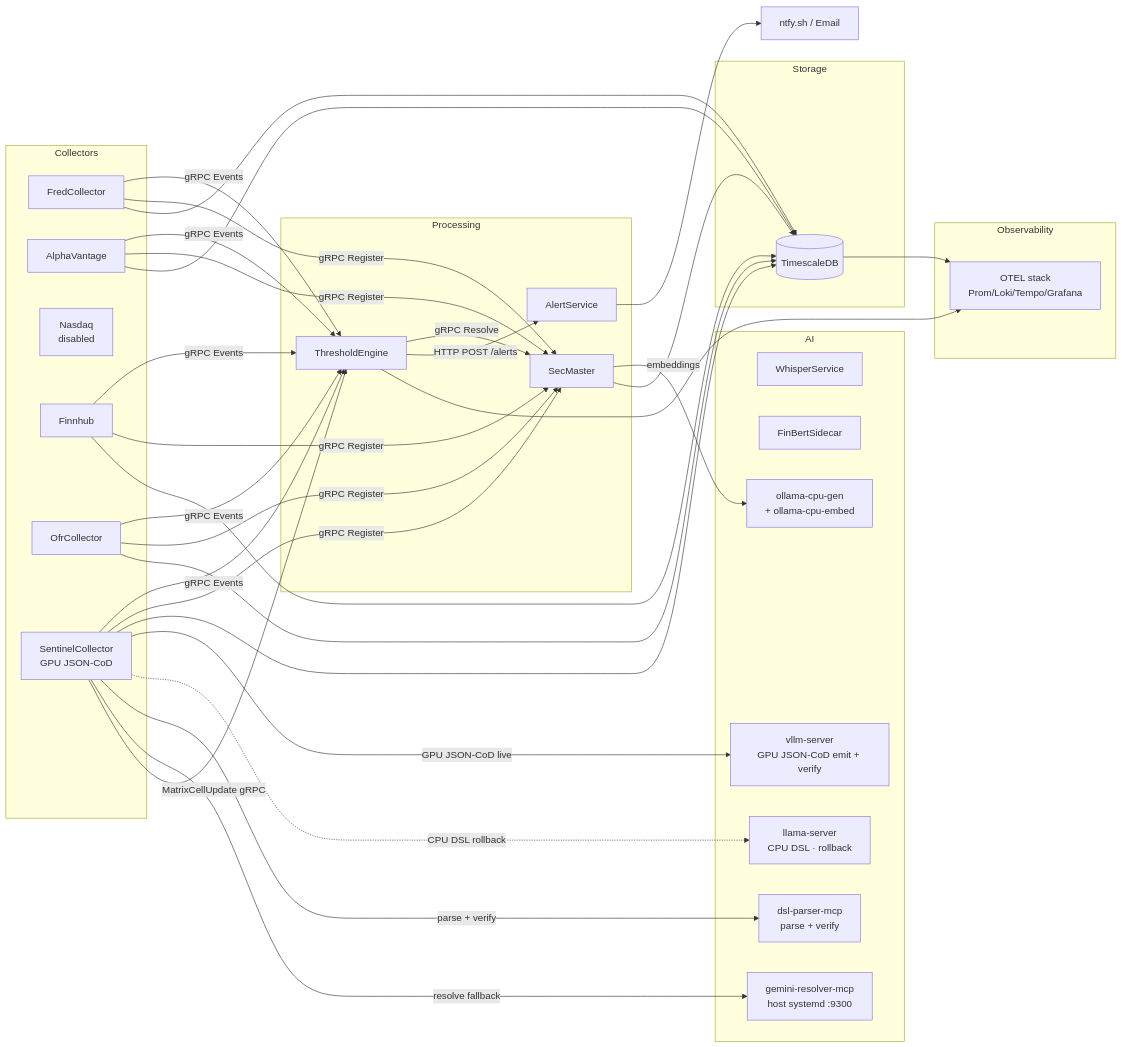
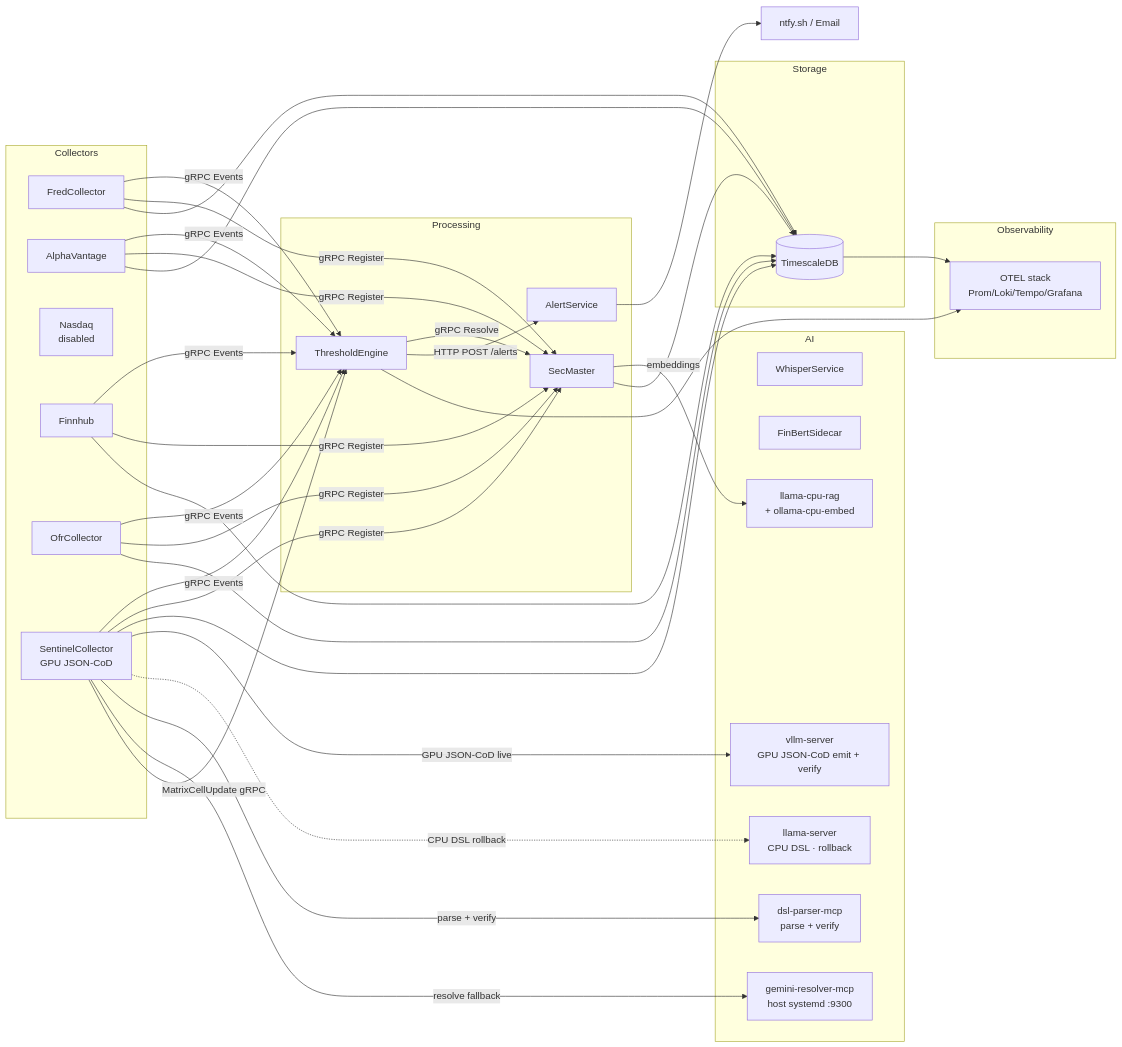
The diagram in docs/EXECUTIVE-SUMMARY.md (jpansarasa/ATLAS-Docs), drawn with Mermaid before and after one commit. The commit also changed other lines of this file and 4 other files, not shown here.

````diff
--- a/docs/EXECUTIVE-SUMMARY.md
+++ b/docs/EXECUTIVE-SUMMARY.md
@@ -12,50 +12,50 @@
 ```mermaid
 flowchart LR
     subgraph Collectors
         FC[FredCollector]
         AV[AlphaVantage]
         NC[Nasdaq<br/>disabled]
         FH[Finnhub]
         OFR[OfrCollector]
         SC[SentinelCollector<br/>GPU JSON-CoD]
     end
 
     subgraph Processing
         SM[SecMaster]
         TE[ThresholdEngine]
         AS[AlertService]
     end
 
     subgraph AI
         WS[WhisperService]
         FB[FinBertSidecar]
         VLLM[vllm-server<br/>GPU JSON-CoD emit + verify]
         LS[llama-server<br/>CPU DSL · rollback]
         DSL[dsl-parser-mcp<br/>parse + verify]
-        OL[ollama-cpu-gen<br/>+ ollama-cpu-embed]
+        OL[llama-cpu-rag<br/>+ ollama-cpu-embed]
         GR[gemini-resolver-mcp<br/>host systemd :9300]
     end
 
     subgraph Storage
         DB[(TimescaleDB)]
     end
 
     subgraph Observability
         OTEL[OTEL stack<br/>Prom/Loki/Tempo/Grafana]
     end
 
     FC & AV & FH & OFR & SC -->|gRPC Events| TE
     FC & AV & FH & OFR & SC -->|gRPC Register| SM
     FC & AV & FH & OFR & SC --> DB
     SC -->|GPU JSON-CoD live| VLLM
     SC -.->|CPU DSL rollback| LS
     SC -->|parse + verify| DSL
     SC -->|resolve fallback| GR
     TE -->|gRPC Resolve| SM
     SM -->|embeddings| OL
     TE -->|HTTP POST /alerts| AS
     AS --> N[ntfy.sh / Email]
     SC -->|MatrixCellUpdate gRPC| TE
     DB & TE --> OTEL
     SM --> DB
 ```
````
